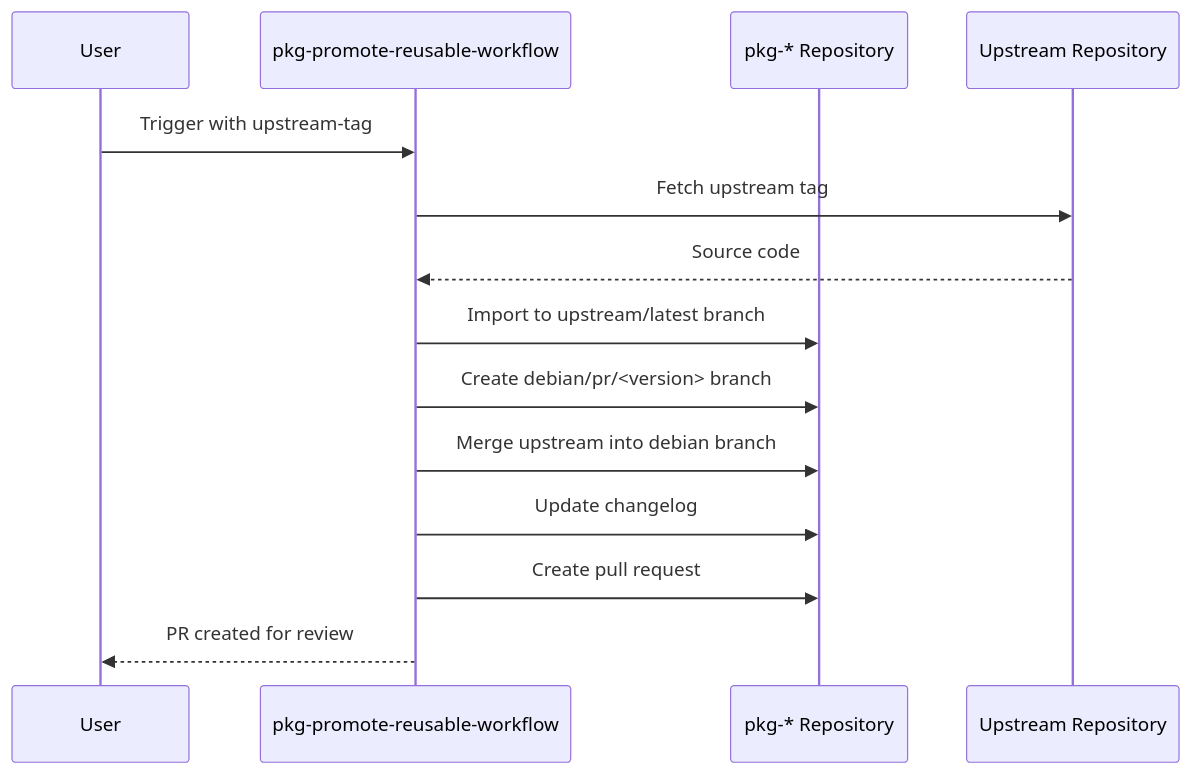
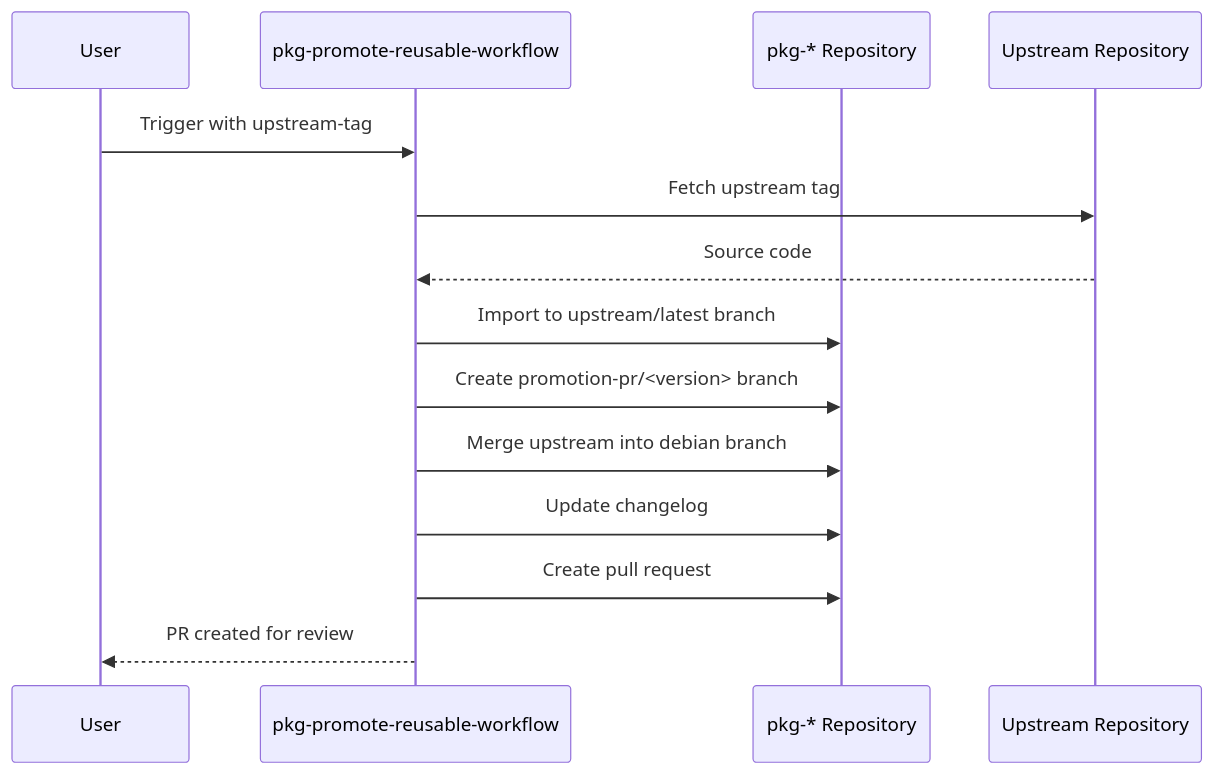
One commit to qualcomm-linux/qcom-build-utils changed the fifth of 7 diagrams in docs/workflow-architecture.md. Above: the diagram before and after it, drawn with Mermaid. The commit also changed 7 other files, not shown here.

First line of the commit message:
promote: use promotion-pr branch prefix

````diff
--- a/docs/workflow-architecture.md
+++ b/docs/workflow-architecture.md
@@ -282,17 +282,17 @@
 ```mermaid
 sequenceDiagram
     participant User as User
     participant RW as pkg-promote-reusable-workflow
     participant Pkg as pkg-* Repository
     participant Up as Upstream Repository
     
     User->>RW: Trigger with upstream-tag
     RW->>Up: Fetch upstream tag
     Up-->>RW: Source code
     RW->>Pkg: Import to upstream/latest branch
-    RW->>Pkg: Create debian/pr/<version> branch
+    RW->>Pkg: Create promotion-pr/<version> branch
     RW->>Pkg: Merge upstream into debian branch
     RW->>Pkg: Update changelog
     RW->>Pkg: Create pull request
     RW-->>User: PR created for review
 ```
````
